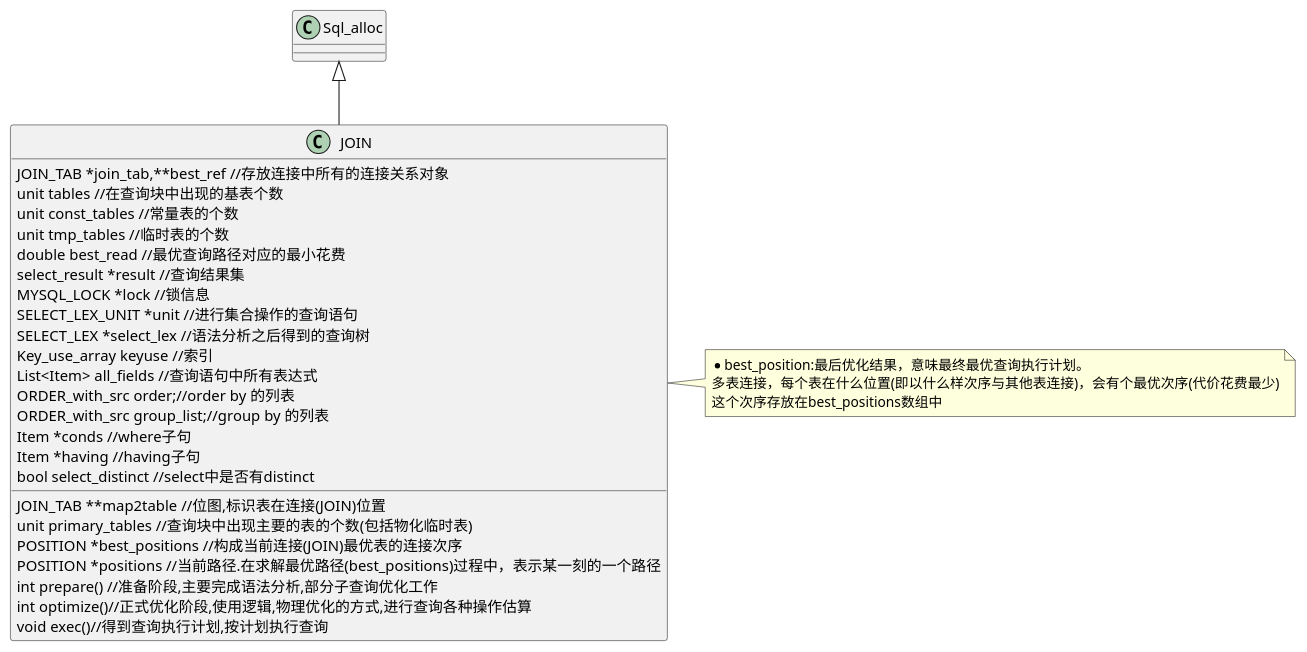
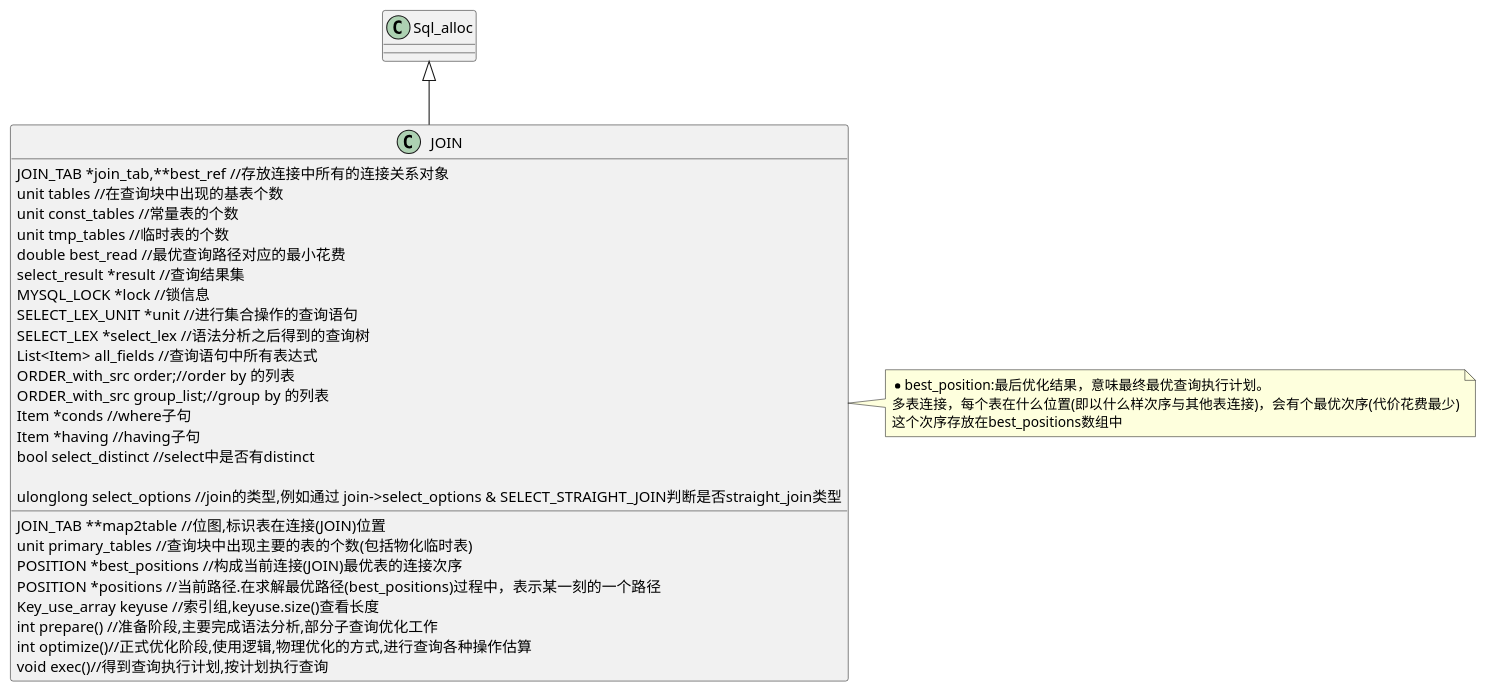
Before and after one commit to wult/org_doc: the fourth of 9 diagrams in it/mysql/queryOptimizer/mysql_base_class.org, drawn with PlantUML. The commit also changed other lines of this file and 1 other file, not shown here.

```diff
--- a/it/mysql/queryOptimizer/mysql_base_class.org
+++ b/it/mysql/queryOptimizer/mysql_base_class.org
@@ -123,36 +132,37 @@
 #+BEGIN_SRC plantuml :file images/join.png :cmdline -charset utf-8
 class JOIN{
     JOIN_TAB *join_tab,**best_ref //存放连接中所有的连接关系对象
     JOIN_TAB **map2table //位图,标识表在连接(JOIN)位置
     unit tables //在查询块中出现的基表个数
     unit primary_tables //查询块中出现主要的表的个数(包括物化临时表)
     unit const_tables //常量表的个数
     unit tmp_tables //临时表的个数
     POSITION *best_positions //构成当前连接(JOIN)最优表的连接次序
     POSITION *positions //当前路径.在求解最优路径(best_positions)过程中，表示某一刻的一个路径
     double best_read //最优查询路径对应的最小花费
     select_result *result //查询结果集
     MYSQL_LOCK *lock //锁信息
     SELECT_LEX_UNIT *unit //进行集合操作的查询语句
     SELECT_LEX *select_lex //语法分析之后得到的查询树
-    Key_use_array keyuse //索引
+    Key_use_array keyuse //索引组,keyuse.size()查看长度
     List<Item> all_fields //查询语句中所有表达式
     ORDER_with_src order;//order by 的列表
     ORDER_with_src group_list;//group by 的列表
     Item *conds //where子句
     Item *having //having子句
     bool select_distinct //select中是否有distinct
 
     int prepare() //准备阶段,主要完成语法分析,部分子查询优化工作
     int optimize()//正式优化阶段,使用逻辑,物理优化的方式,进行查询各种操作估算
     void exec()//得到查询执行计划,按计划执行查询
+    ulonglong select_options //join的类型,例如通过 join->select_options & SELECT_STRAIGHT_JOIN判断是否straight_join类型
 }
 
 note right of JOIN
 *best_position:最后优化结果，意味最终最优查询执行计划。
 多表连接，每个表在什么位置(即以什么样次序与其他表连接)，会有个最优次序(代价花费最少)
 这个次序存放在best_positions数组中
 end note
 
 Sql_alloc <|-- JOIN
 #+END_SRC
```
